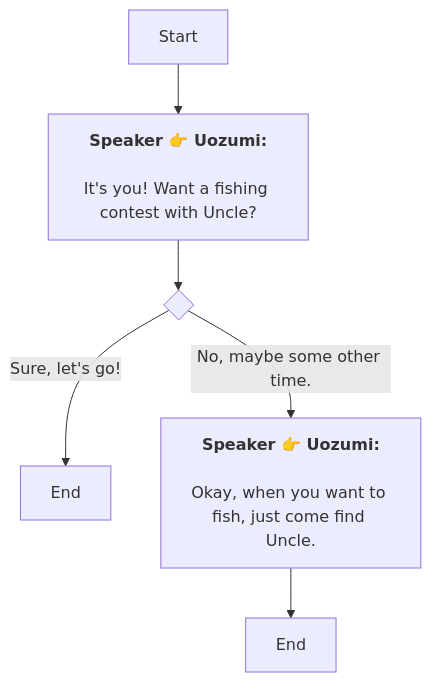
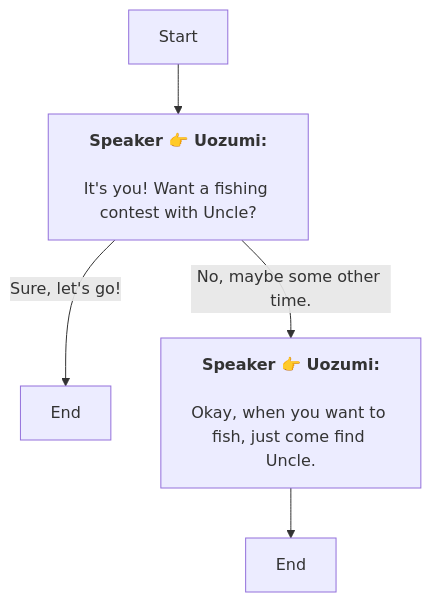
Before and after one commit to SoftHu/tos_avg: the diagram in En/QuestTalkObjectiveNode_1754464098372141.md, drawn with Mermaid. The commit also changed 737 other files, not shown here.

````diff
--- a/En/QuestTalkObjectiveNode_1754464098372141.md
+++ b/En/QuestTalkObjectiveNode_1754464098372141.md
@@ -1,13 +1,10 @@
 ```mermaid
 graph
 Start -->1754467395861049[<b>Speaker 👉 Uozumi:</b>
-
-It's you! Want a fishing contest with Uncle?]
-1754467395861049 -->1754467395861052{ }
-1754467395861052 -->|Sure, let's go!|1754467395861053[End]
-1754467395861052 -->|No, maybe some other time.|1754467395861054[<b>Speaker 👉 Uozumi:</b>
-
-Okay, when you want to fish, just come find Uncle.]
+\nIt's you! Want a fishing contest with Uncle?]
+1754467395861049 -->|Sure, let's go!|1754467395861053[End]
+1754467395861049 -->|No, maybe some other time.|1754467395861054[<b>Speaker 👉 Uozumi:</b>
+\nOkay, when you want to fish, just come find Uncle.]
 1754467395861054 -->1754467395861055[End]
 
- ```
+```
````
